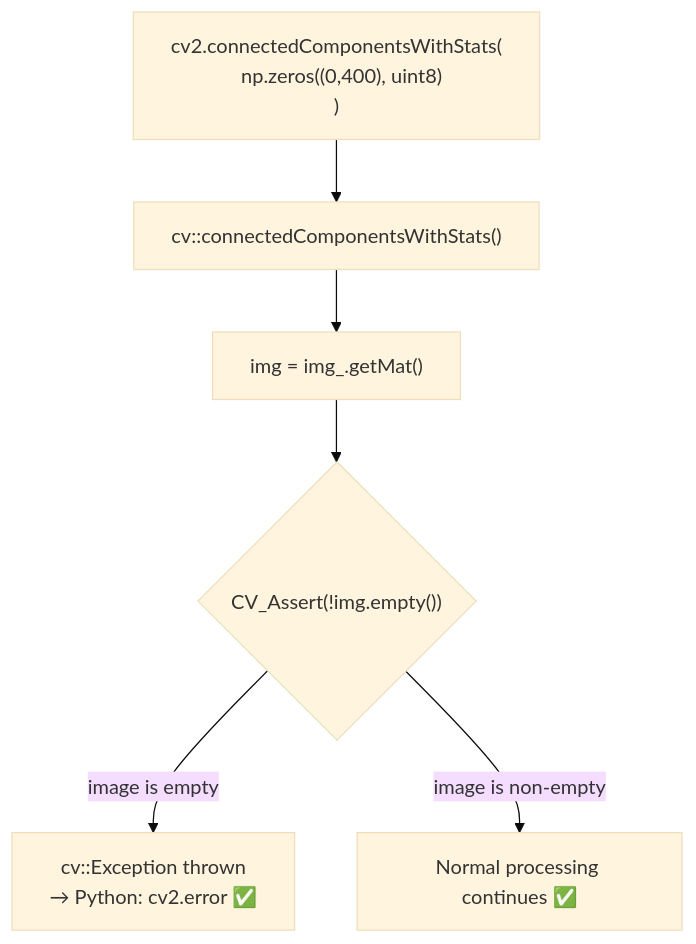
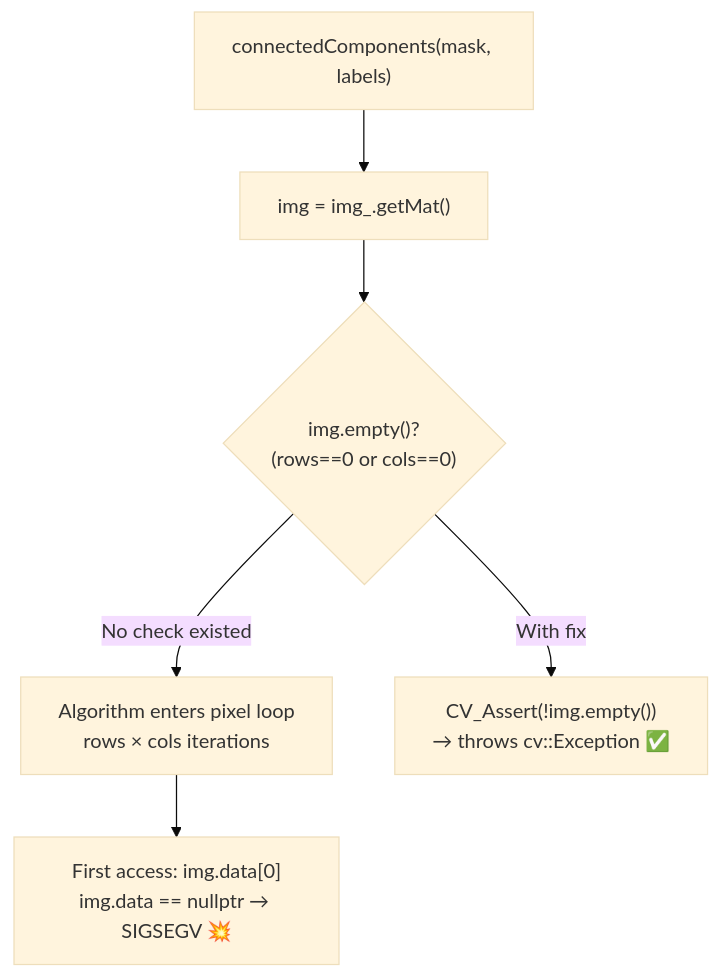
One commit to varun-projects/opencv changed the fourth of 10 diagrams in FIXES_DOCUMENTATION.md. Above: the diagram before and after it, drawn with Mermaid (base theme). The commit also changed other lines of this file, not shown here.

````diff
--- a/FIXES_DOCUMENTATION.md
+++ b/FIXES_DOCUMENTATION.md
@@ -187,8 +161,8 @@
 ```mermaid
 flowchart TD
-    A["cv2.connectedComponentsWithStats(\n  np.zeros((0,400), uint8)\n)"] --> B["cv::connectedComponentsWithStats()"]
-    B --> C["img = img_.getMat()"]
-    C --> D{"CV_Assert(!img.empty())"}
-    D -->|"image is empty"| E["cv::Exception thrown\n→ Python: cv2.error ✅"]
-    D -->|"image is non-empty"| F["Normal processing continues ✅"]
+    A["connectedComponents(mask, labels)"] --> B["img = img_.getMat()"]
+    B --> C{"img.empty()?\n(rows==0 or cols==0)"}
+    C -->|"No check existed"| D["Algorithm enters pixel loop\nrows × cols iterations"]
+    D --> E["First access: img.data[0]\nimg.data == nullptr → SIGSEGV 💥"]
+    C -->|"With fix"| F["CV_Assert(!img.empty())\n→ throws cv::Exception ✅"]
 ```
````
